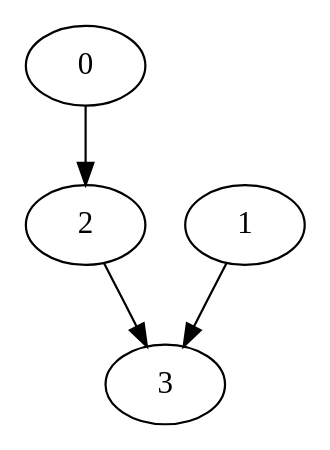
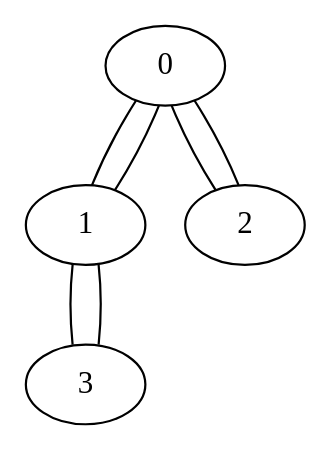
Before and after one commit to nand1nha/Tecnica-de-programacao-avancada: the diagram in grafo/grafo.dot, drawn with Graphviz. The commit also changed 2 other files, not shown here.

```diff
--- a/grafo/grafo.dot
+++ b/grafo/grafo.dot
@@ -1,9 +1,12 @@
-digraph G {
+graph G {
   0;
   1;
   2;
   3;
-  0 -> 2;
-  1 -> 3;
-  2 -> 3;
+  0 -- 1;
+  0 -- 2;
+  1 -- 0;
+  1 -- 3;
+  2 -- 0;
+  3 -- 1;
 }
```
